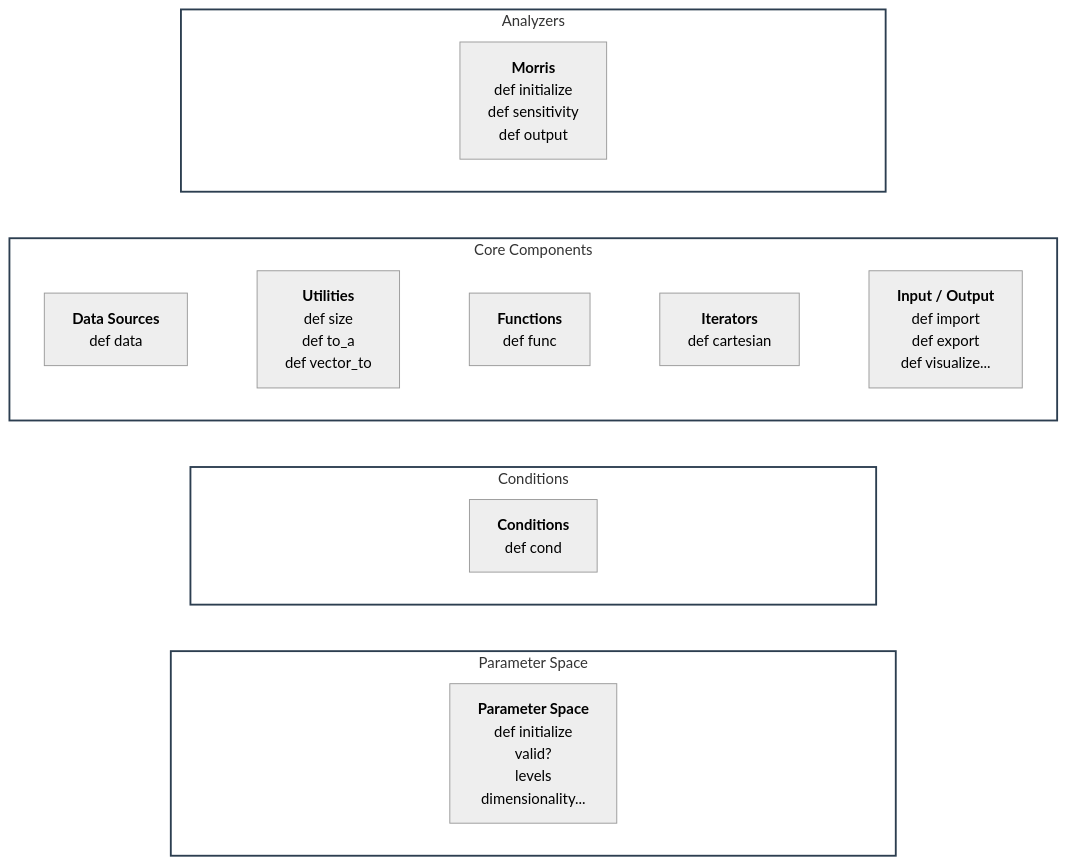
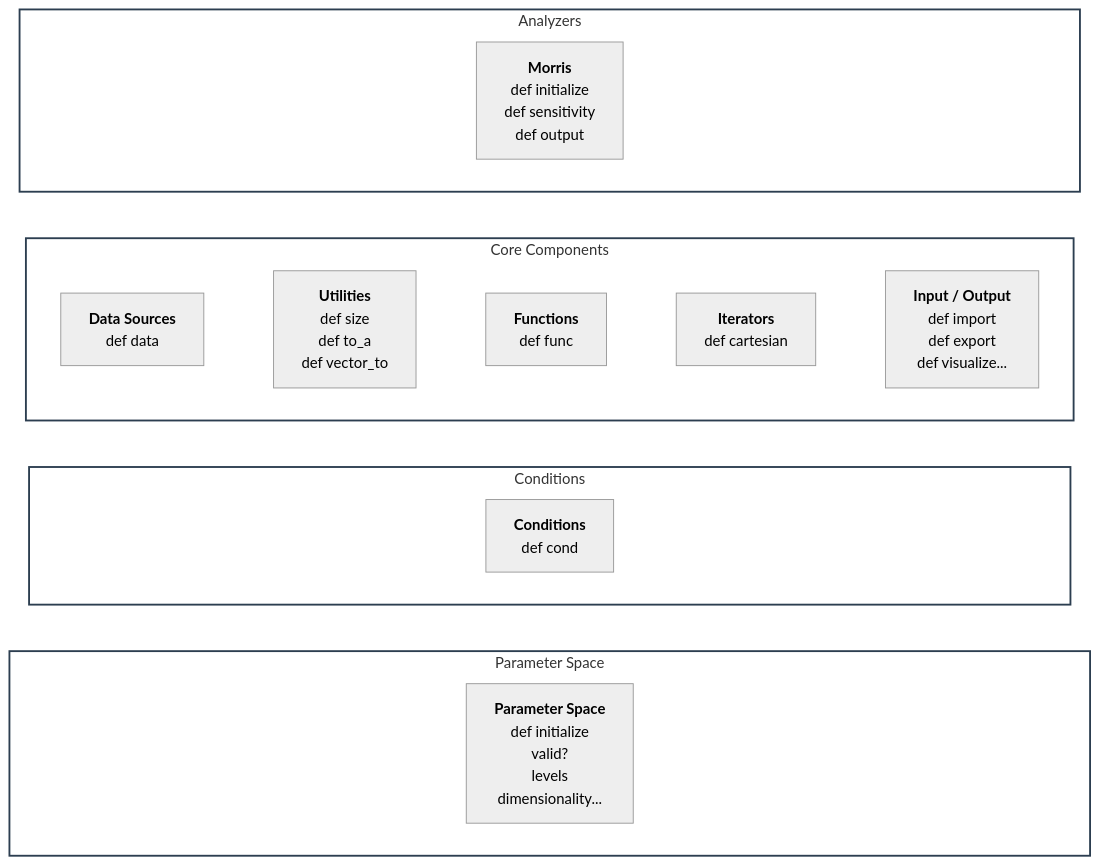
Before and after one commit to Yuri-Rassokhin/flex-cartesian: the diagram in docs/api/api.md, drawn with Mermaid (neutral theme). The commit also changed other lines of this file, not shown here.

Commit message:
updated: API documentation

````diff
--- a/docs/api/api.md
+++ b/docs/api/api.md
@@ -1,31 +1,31 @@
 ```mermaid
 flowchart TB
     classDef layer fill:#ffffff,stroke:#2c3e50,stroke-width:2px;
     classDef ghost fill:transparent,stroke:transparent,color:transparent;
 
     subgraph Analyzers ["Analyzers"]
         direction LR
-        gA1["xxxxxxxxxxxxxxxx"]:::ghost ~~~ M["<b>Morris</b><br/>def initialize<br/>def sensitivity<br/>def output"] ~~~ gA2["xxxxxxxxxxxxxxxx"]:::ghost
+        gA1["xxxxxxxxxxxxxxxxxxxxxxxxxxxxxxxxxxxxxxxx"]:::ghost ~~~ M["<b>Morris</b><br/>def initialize<br/>def sensitivity<br/>def output"] ~~~ gA2["xxxxxxxxxxxxxxxxxxxxxxxxxxxxxxxxxxxxxxxx"]:::ghost
     end
 
     subgraph Core ["Core Components"]
         direction LR
         DS["<b>Data Sources</b><br/>def data"] ~~~ UT["<b>Utilities</b><br/>def size<br/>def to_a<br/>def vector_to"] ~~~ FN["<b>Functions</b><br/>def func"] ~~~ IT["<b>Iterators</b><br/>def cartesian"] ~~~ IO["<b>Input / Output</b><br/>def import<br/>def export<br/>def visualize..."]
     end
 
     subgraph Cond ["Conditions"]
         direction LR
-        gC1["xxxxxxxxxxxxxxxx"]:::ghost ~~~ C["<b>Conditions</b><br/>def cond"] ~~~ gC2["xxxxxxxxxxxxxxxx"]:::ghost
+        gC1["xxxxxxxxxxxxxxxxxxxxxxxxxxxxxxxxxxxxxxxx"]:::ghost ~~~ C["<b>Conditions</b><br/>def cond"] ~~~ gC2["xxxxxxxxxxxxxxxxxxxxxxxxxxxxxxxxxxxxxxxx"]:::ghost
     end
 
     subgraph Params ["Parameter Space"]
         direction LR
-        gP1["xxxxxxxxxxxxxxxx"]:::ghost ~~~ PS["<b>Parameter Space</b><br/>def initialize<br/>valid?<br/>levels<br/>dimensionality..."] ~~~ gP2["xxxxxxxxxxxxxxxx"]:::ghost
+        gP1["xxxxxxxxxxxxxxxxxxxxxxxxxxxxxxxxxxxxxxxx"]:::ghost ~~~ PS["<b>Parameter Space</b><br/>def initialize<br/>valid?<br/>levels<br/>dimensionality..."] ~~~ gP2["xxxxxxxxxxxxxxxxxxxxxxxxxxxxxxxxxxxxxxxx"]:::ghost
     end
 
     Analyzers ~~~ Core
     Core ~~~ Cond
     Cond ~~~ Params
 
     class Analyzers,Core,Cond,Params layer;
 ```
````
